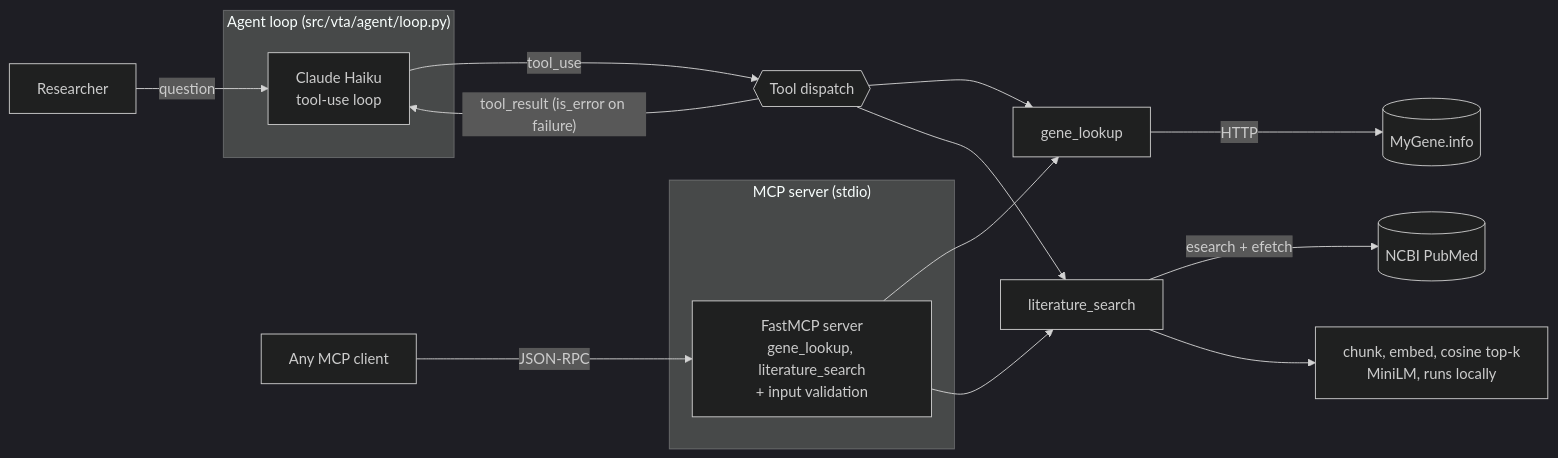
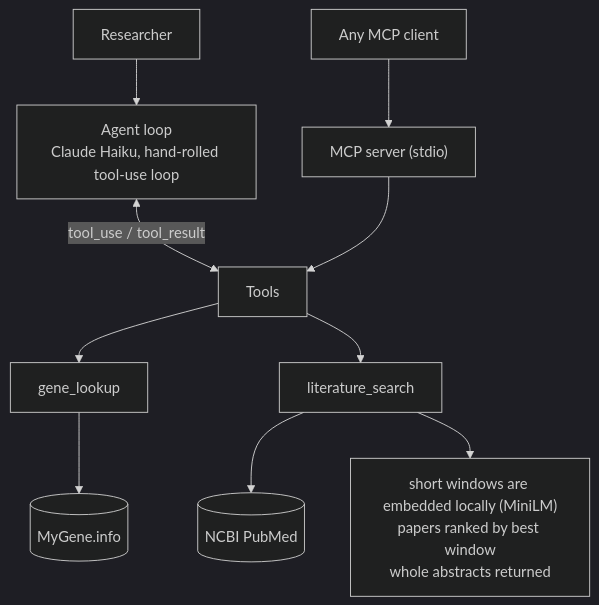
The diagram in README.md (liammcinerney/gene-triage-assistant), drawn with Mermaid (dark theme) before and after one commit. The commit also changed other lines of this file and 77 other files, not shown here.

Commit message:
Fix chunking and input validation, rename to Gene Triage Assistant, restructure docs

````diff
--- a/README.md
+++ b/README.md
@@ -20,25 +46,10 @@
 ```mermaid
-flowchart LR
-    U["Researcher"] -->|question| A
-
-    subgraph Agent["Agent loop (src/vta/agent/loop.py)"]
-        A["Claude Haiku<br/>tool-use loop"]
-    end
-
-    A -->|tool_use| T{{"Tool dispatch"}}
-    T -->|"tool_result (is_error on failure)"| A
-
-    T --> G["gene_lookup"]
-    T --> L["literature_search"]
-
-    G -->|HTTP| MG[("MyGene.info")]
-    L -->|"esearch + efetch"| PM[("NCBI PubMed")]
-    L --> R["chunk, embed, cosine top-k<br/>MiniLM, runs locally"]
-
-    subgraph MCP["MCP server (stdio)"]
-        S["FastMCP server<br/>gene_lookup, literature_search<br/>+ input validation"]
-    end
-    S --> G
-    S --> L
-    C["Any MCP client"] -->|JSON-RPC| S
+flowchart TB
+    U["Researcher"] --> A["Agent loop<br/>Claude Haiku, hand-rolled tool-use loop"]
+    A <-->|"tool_use / tool_result"| T["Tools"]
+    T --> G["gene_lookup"] --> MG[("MyGene.info")]
+    T --> L["literature_search"] --> PM[("NCBI PubMed")]
+    L --> R["short windows are embedded locally (MiniLM)<br/>papers ranked by best window<br/>whole abstracts returned"]
+    S["MCP server (stdio)"] --> T
+    C["Any MCP client"] --> S
 ```
````
